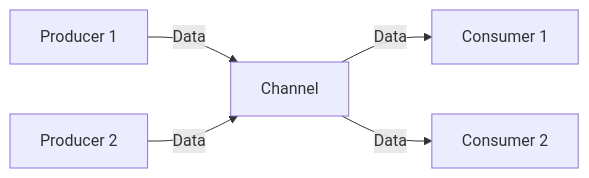
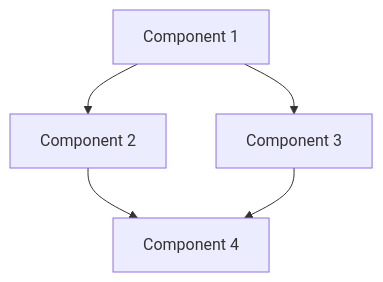
Before and after one commit to MasteryEducation/SoftwarePatternsLexicon.com: the second of 3 diagrams in content/patterns-clojure/5/9/index.md, drawn with Mermaid. The commit also changed other lines of this file and 462 other files, not shown here.

````diff
--- a/content/patterns-clojure/5/9/index.md
+++ b/content/patterns-clojure/5/9/index.md
@@ -169,7 +160,7 @@
 ```mermaid
-graph LR
-    A[Producer 1] -->|Data| C[Channel]
-    B[Producer 2] -->|Data| C
-    C -->|Data| D[Consumer 1]
-    C -->|Data| E[Consumer 2]
+graph TD;
+    A[Component 1] --> B[Component 2];
+    A --> C[Component 3];
+    B --> D[Component 4];
+    C --> D;
 ```
````
